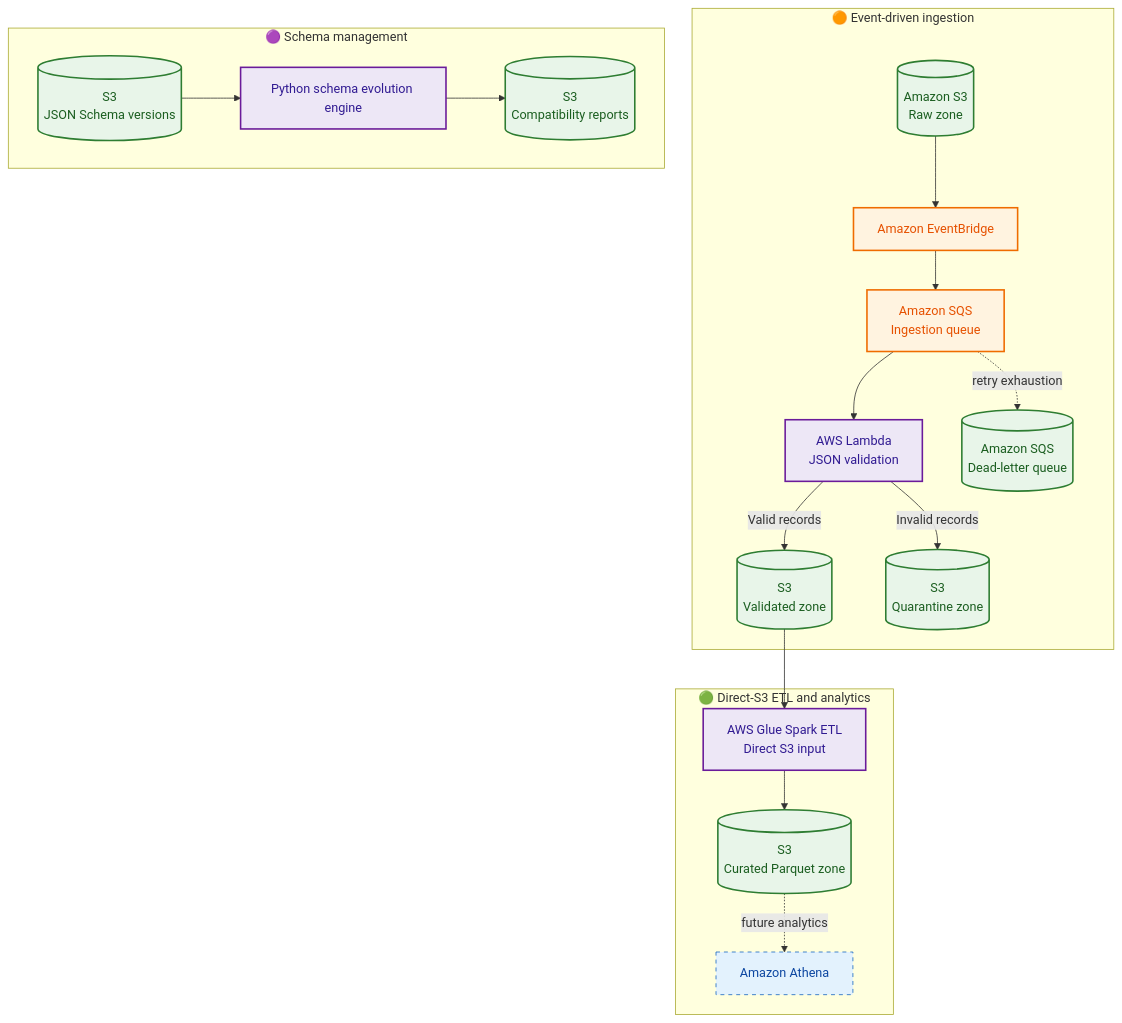
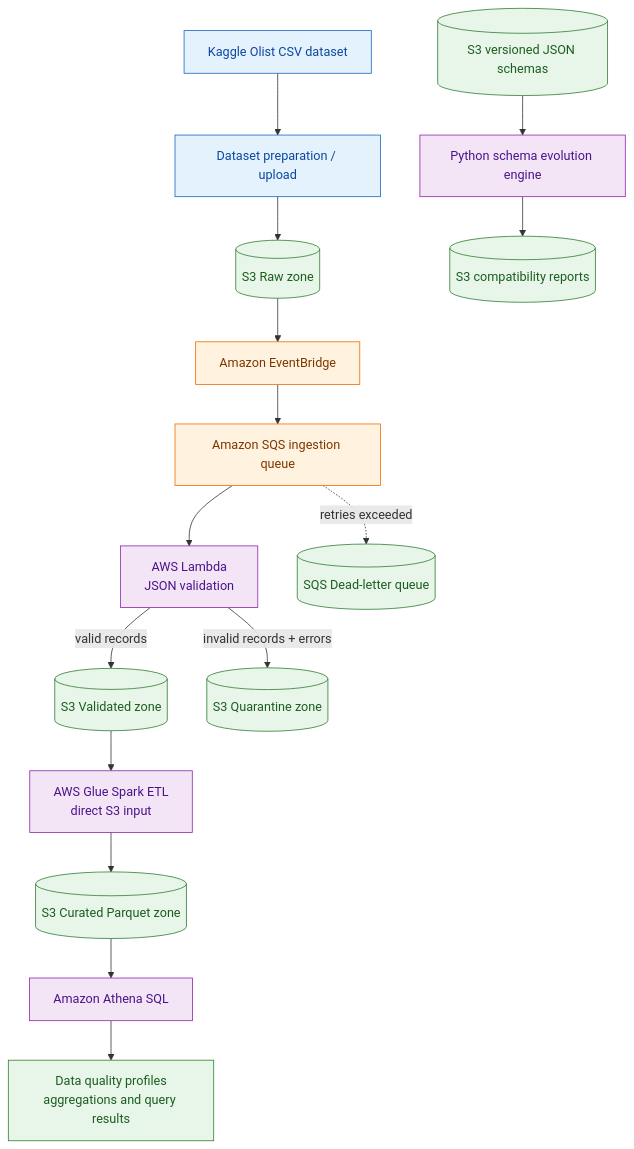
One commit to SwekcchaCornicle/Brazilian-E-Commerce-Data-Engineering changed the first of 2 diagrams in README.md. Above: the diagram before and after it, drawn with Mermaid. The commit also changed other lines of this file, not shown here.

Commit message:
docs: expand README with end-to-end architecture, dataset attribution and verification status

````diff
--- a/README.md
+++ b/README.md
@@ -38,31 +36,28 @@
 ```mermaid
-flowchart TB
-    subgraph INGEST["🟠 Event-driven ingestion"]
-        RAW[("Amazon S3<br/>Raw zone")] --> EB["Amazon EventBridge"]
-        EB --> Q["Amazon SQS<br/>Ingestion queue"]
-        Q --> L["AWS Lambda<br/>JSON validation"]
-        L -->|Valid records| VALID[("S3<br/>Validated zone")]
-        L -->|Invalid records| QUAR[("S3<br/>Quarantine zone")]
-        Q -. retry exhaustion .-> DLQ[("Amazon SQS<br/>Dead-letter queue")]
-    end
+flowchart TD
+    K["Kaggle Olist CSV dataset"] --> LOAD["Dataset preparation / upload"]
+    LOAD --> RAW[("S3 Raw zone")]
+    RAW --> EB["Amazon EventBridge"]
+    EB --> Q["Amazon SQS ingestion queue"]
+    Q --> L["AWS Lambda<br/>JSON validation"]
+    Q -. retries exceeded .-> DLQ[("SQS Dead-letter queue")]
+    L -->|valid records| VALID[("S3 Validated zone")]
+    L -->|invalid records + errors| QUAR[("S3 Quarantine zone")]
 
-    subgraph SCHEMA["🟣 Schema management"]
-        SCHEMAS[("S3<br/>JSON Schema versions")] --> ENGINE["Python schema evolution engine"]
-        ENGINE --> REPORTS[("S3<br/>Compatibility reports")]
-    end
+    SCHEMA[("S3 versioned JSON schemas")] --> EV["Python schema evolution engine"]
+    EV --> REPORT[("S3 compatibility reports")]
 
-    subgraph TRANSFORM["🟢 Direct-S3 ETL and analytics"]
-        VALID --> GLUE["AWS Glue Spark ETL<br/>Direct S3 input"]
-        GLUE --> CURATED[("S3<br/>Curated Parquet zone")]
-        CURATED -. future analytics .-> ATHENA["Amazon Athena"]
-    end
+    VALID --> ETL["AWS Glue Spark ETL<br/>direct S3 input"]
+    ETL --> CURATED[("S3 Curated Parquet zone")]
+    CURATED --> ATHENA["Amazon Athena SQL"]
+    ATHENA --> RESULTS["Data quality profiles<br/>aggregations and query results"]
 
-    classDef storage fill:#E8F5E9,stroke:#2E7D32,color:#1B5E20,stroke-width:2px
-    classDef compute fill:#EDE7F6,stroke:#6A1B9A,color:#311B92,stroke-width:2px
-    classDef event fill:#FFF3E0,stroke:#EF6C00,color:#E65100,stroke-width:2px
-    classDef future fill:#E3F2FD,stroke:#1565C0,color:#0D47A1,stroke-dasharray: 5 5
-    class RAW,VALID,QUAR,DLQ,SCHEMAS,REPORTS,CURATED storage
-    class L,ENGINE,GLUE compute
+    classDef source fill:#E3F2FD,stroke:#1565C0,color:#0D47A1
+    classDef event fill:#FFF3E0,stroke:#EF6C00,color:#7F3600
+    classDef compute fill:#F3E5F5,stroke:#8E24AA,color:#4A148C
+    classDef storage fill:#E8F5E9,stroke:#2E7D32,color:#1B5E20
+    class K,LOAD source
     class EB,Q event
-    class ATHENA future
+    class L,EV,ETL,ATHENA compute
+    class RAW,DLQ,VALID,QUAR,SCHEMA,REPORT,CURATED,RESULTS storage
 ```
````
